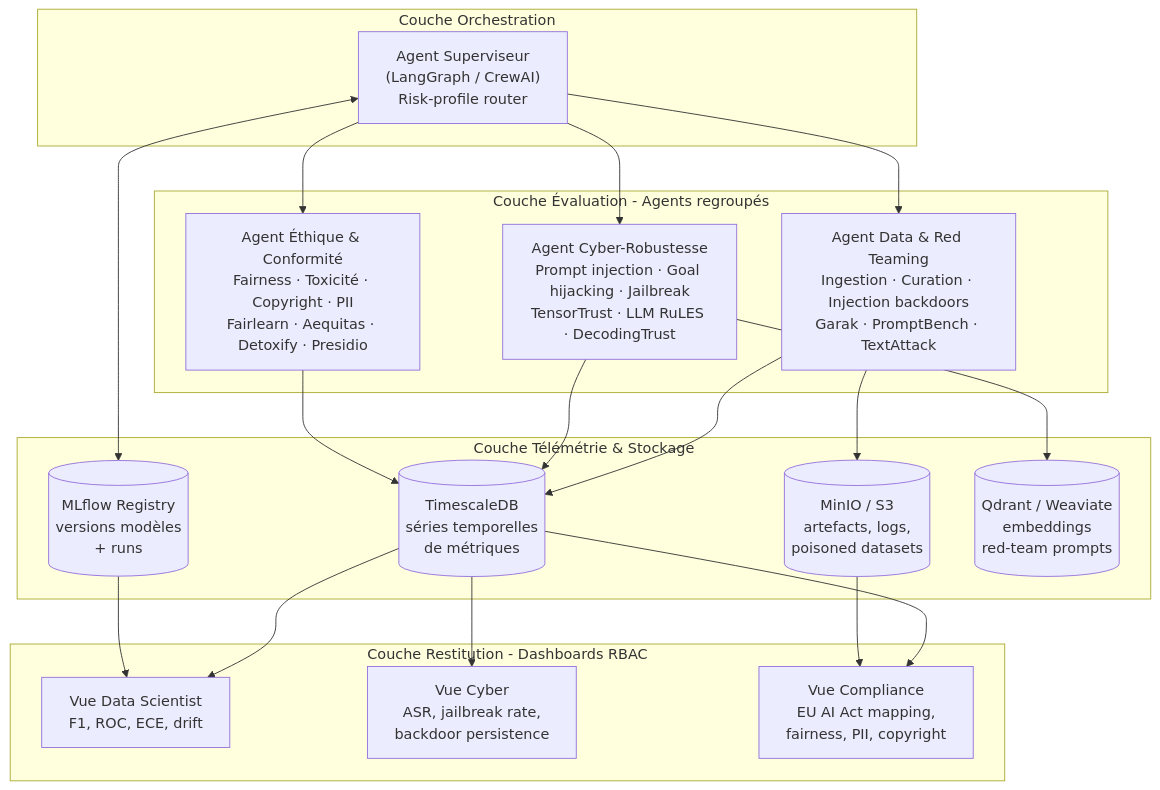
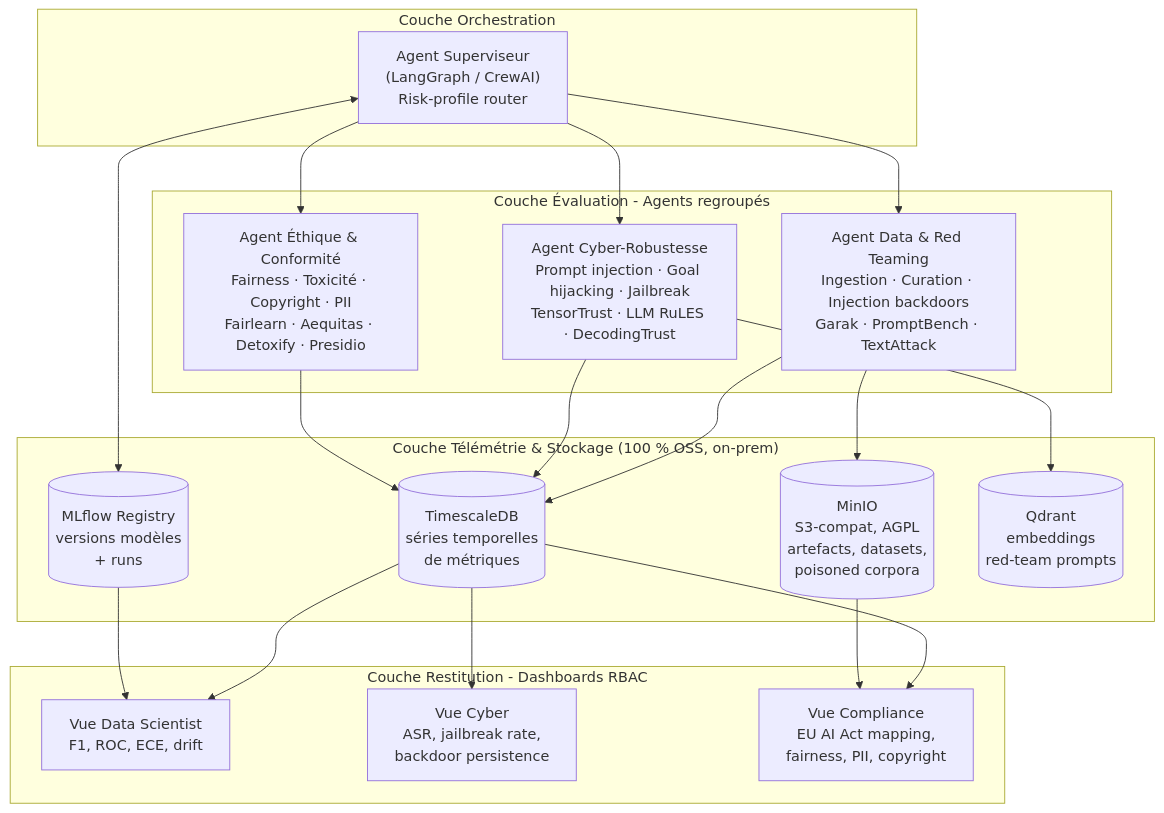
The first of 8 diagrams in ROADMAP.md (Rqbln/VERA), drawn with Mermaid before and after one commit. The commit also changed other lines of this file and 9 other files, not shown here.

First line of the commit message:
Refocus roadmap and MVP documentation on accessible local open-source tooling.

````diff
--- a/ROADMAP.md
+++ b/ROADMAP.md
@@ -21,34 +23,34 @@
 ```mermaid
 flowchart TB
     subgraph ORCH["Couche Orchestration"]
         SUP["Agent Superviseur<br/>(LangGraph / CrewAI)<br/>Risk-profile router"]
     end
 
     subgraph EVAL["Couche Évaluation - Agents regroupés"]
         DRT["Agent Data &amp; Red Teaming<br/>Ingestion · Curation · Injection backdoors<br/>Garak · PromptBench · TextAttack"]
         CYB["Agent Cyber-Robustesse<br/>Prompt injection · Goal hijacking · Jailbreak<br/>TensorTrust · LLM RuLES · DecodingTrust"]
         ETH["Agent Éthique &amp; Conformité<br/>Fairness · Toxicité · Copyright · PII<br/>Fairlearn · Aequitas · Detoxify · Presidio"]
     end
 
-    subgraph TELEM["Couche Télémétrie & Stockage"]
+    subgraph TELEM["Couche Télémétrie & Stockage (100 % OSS, on-prem)"]
         TS[("TimescaleDB<br/>séries temporelles<br/>de métriques")]
-        OBJ[("MinIO / S3<br/>artefacts, logs,<br/>poisoned datasets")]
+        OBJ[("MinIO<br/>S3-compat, AGPL<br/>artefacts, datasets,<br/>poisoned corpora")]
         REG[("MLflow Registry<br/>versions modèles<br/>+ runs")]
-        VEC[("Qdrant / Weaviate<br/>embeddings<br/>red-team prompts")]
+        VEC[("Qdrant<br/>embeddings<br/>red-team prompts")]
     end
 
     subgraph REST["Couche Restitution - Dashboards RBAC"]
         DS["Vue Data Scientist<br/>F1, ROC, ECE, drift"]
         SEC["Vue Cyber<br/>ASR, jailbreak rate,<br/>backdoor persistence"]
         LEG["Vue Compliance<br/>EU AI Act mapping,<br/>fairness, PII, copyright"]
     end
 
     SUP --> DRT & CYB & ETH
     DRT & CYB & ETH --> TS
     DRT --> OBJ
     SUP <--> REG
     CYB --> VEC
     TS --> DS & SEC & LEG
     OBJ --> LEG
     REG --> DS
 ```
````
